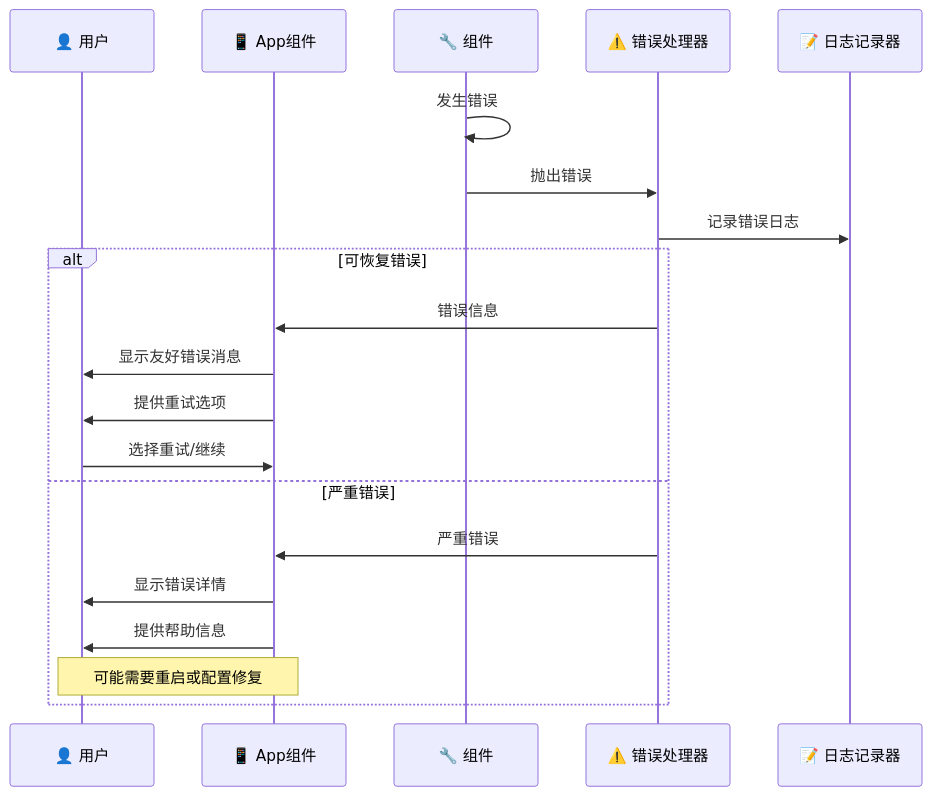
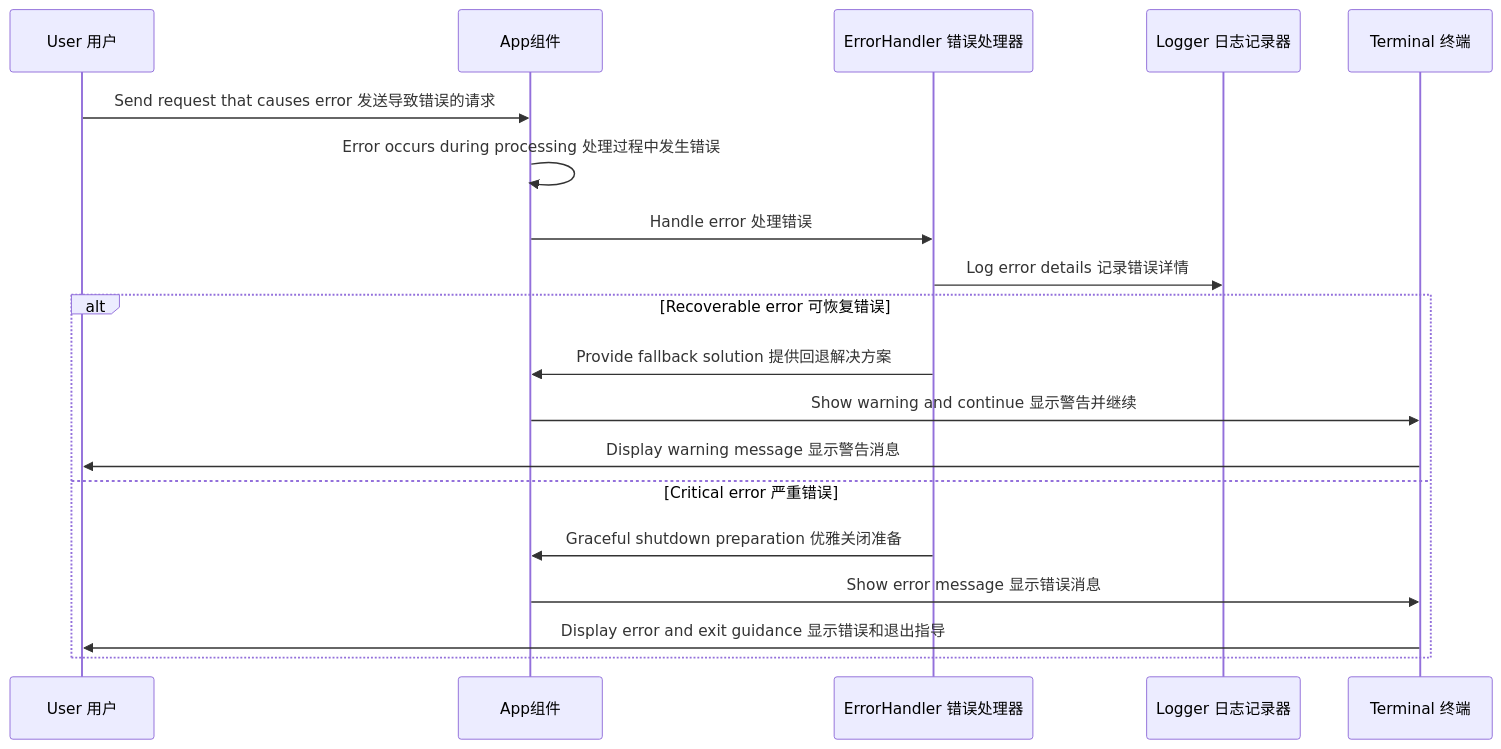
One commit to zhuangbiaowei/vitepress-ospo-writing-project changed the sixth of 6 diagrams in docs/articles/gemini-cli-user-interaction-sequence.md. Above: the diagram before and after it, drawn with Mermaid. The commit also changed other lines of this file and 128 other files, not shown here.

````diff
--- a/docs/articles/gemini-cli-user-interaction-sequence.md
+++ b/docs/articles/gemini-cli-user-interaction-sequence.md
@@ -211,24 +211,23 @@
 ```mermaid
 sequenceDiagram
-    participant User as 👤 用户
-    participant App as 📱 App组件
-    participant Component as 🔧 组件
-    participant ErrorHandler as ⚠️ 错误处理器
-    participant Logger as 📝 日志记录器
+    participant User as User 用户
+    participant App as App组件
+    participant ErrorHandler as ErrorHandler 错误处理器
+    participant Logger as Logger 日志记录器
+    participant Terminal as Terminal 终端
 
-    Component->>Component: 发生错误
-    Component->>ErrorHandler: 抛出错误
-    ErrorHandler->>Logger: 记录错误日志
+    User->>App: Send request that causes error 发送导致错误的请求
+    App->>App: Error occurs during processing 处理过程中发生错误
+    App->>ErrorHandler: Handle error 处理错误
+    ErrorHandler->>Logger: Log error details 记录错误详情
     
-    alt 可恢复错误
-        ErrorHandler->>App: 错误信息
-        App->>User: 显示友好错误消息
-        App->>User: 提供重试选项
-        User->>App: 选择重试/继续
-    else 严重错误
-        ErrorHandler->>App: 严重错误
-        App->>User: 显示错误详情
-        App->>User: 提供帮助信息
-        Note over User,App: 可能需要重启或配置修复
+    alt Recoverable error 可恢复错误
+        ErrorHandler->>App: Provide fallback solution 提供回退解决方案
+        App->>Terminal: Show warning and continue 显示警告并继续
+        Terminal->>User: Display warning message 显示警告消息
+    else Critical error 严重错误
+        ErrorHandler->>App: Graceful shutdown preparation 优雅关闭准备
+        App->>Terminal: Show error message 显示错误消息
+        Terminal->>User: Display error and exit guidance 显示错误和退出指导
     end
 ```
````
